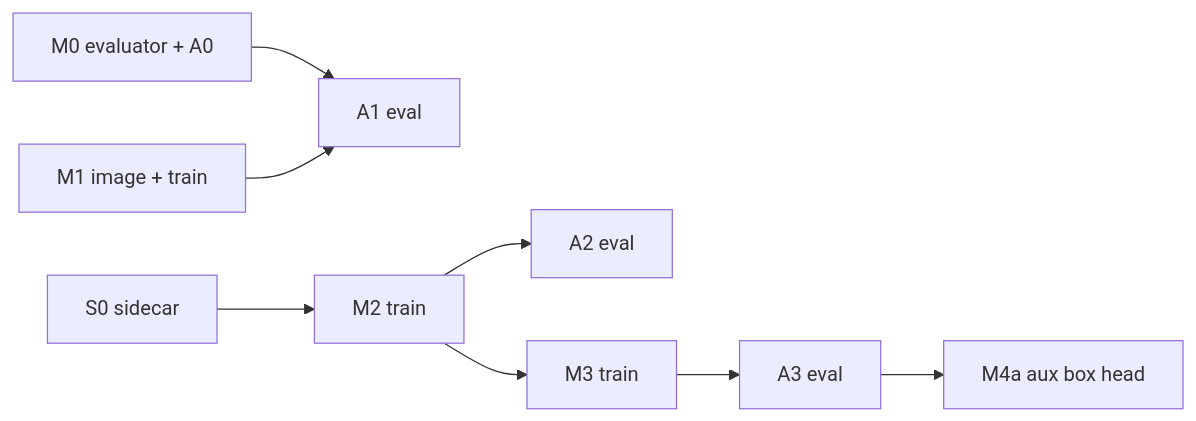
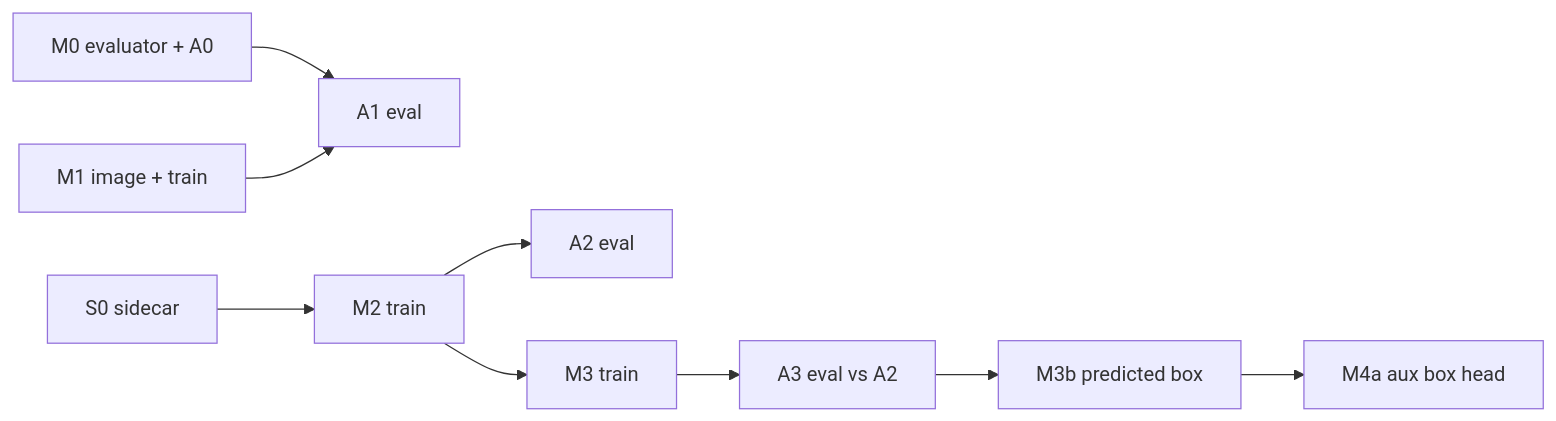
One commit to VivekSai07/franka-vla-generalization changed the diagram in docs/superpowers/specs/2026-10-30-vla-inputs-programme-design.md. Above: the diagram before and after it, drawn with Mermaid. The commit also changed other lines of this file and 5 other files, not shown here.

````diff
--- a/docs/superpowers/specs/2026-10-30-vla-inputs-programme-design.md
+++ b/docs/superpowers/specs/2026-10-30-vla-inputs-programme-design.md
@@ -77,8 +87,9 @@
 ```mermaid
 flowchart LR
   M0[M0 evaluator + A0] --> A1E[A1 eval]
   S0[S0 sidecar] --> M2[M2 train] --> A2E[A2 eval]
   M1[M1 image + train] --> A1E
-  M2 --> M3[M3 train] --> A3E[A3 eval]
-  A3E --> M4a[M4a aux box head]
+  M2 --> M3[M3 train] --> A3E[A3 eval vs A2]
+  A3E --> M3b[M3b predicted box]
+  M3b --> M4a[M4a aux box head]
 ```
````
